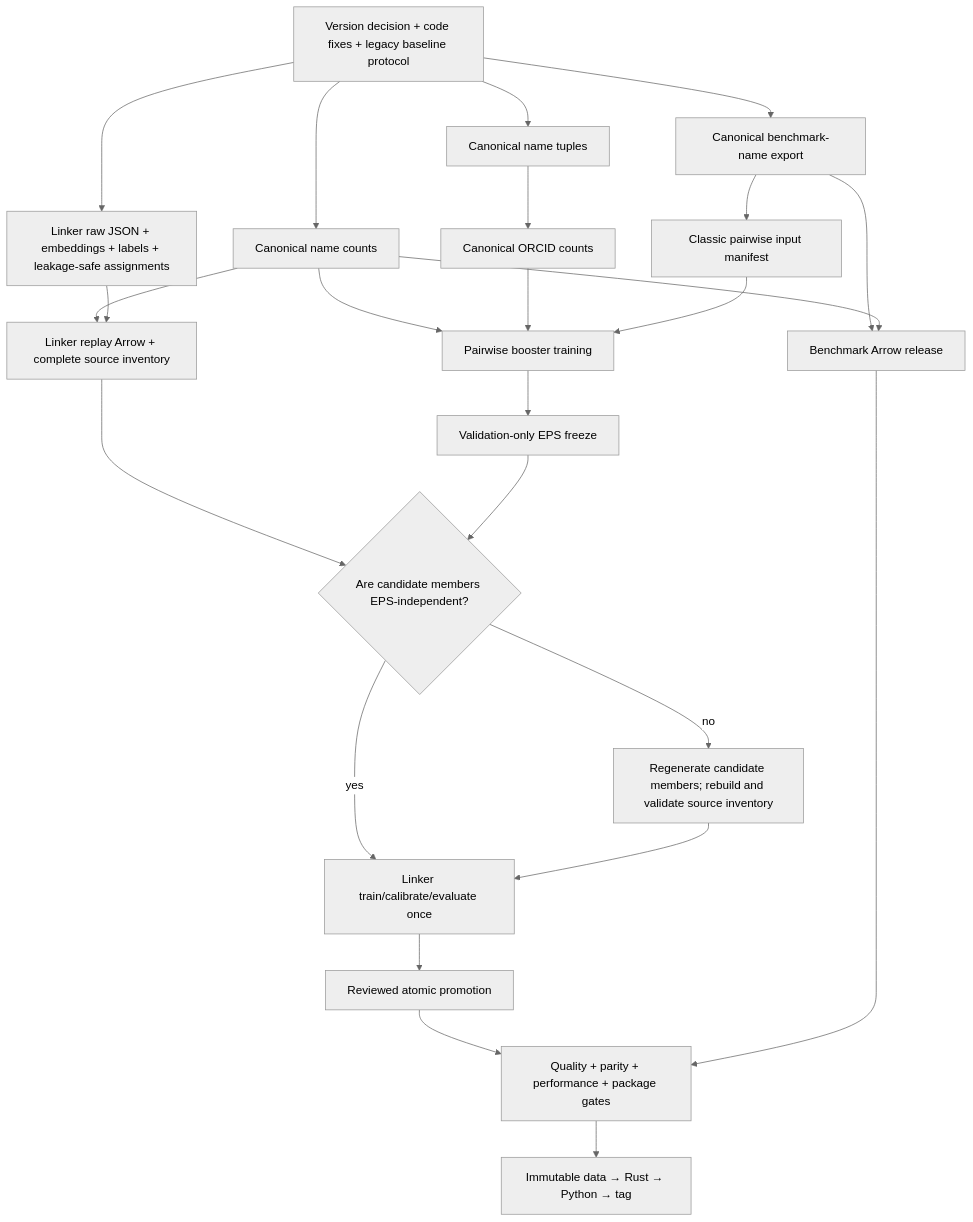
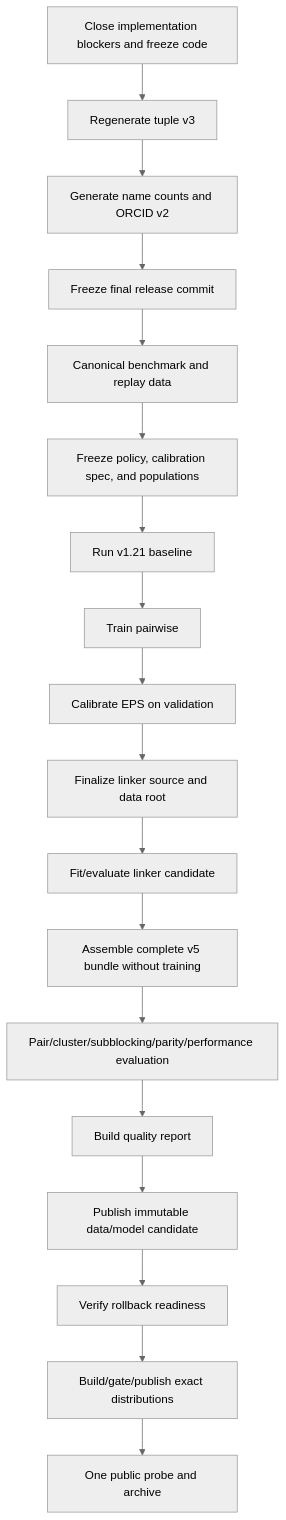
Before and after one commit to allenai/S2AND: the diagram in docs/1_3_release_todo.md, drawn with Mermaid (neutral theme). The commit also changed other lines of this file and 34 other files, not shown here.

Commit message:
Advance v1.3 release readiness

````diff
--- a/docs/1_3_release_todo.md
+++ b/docs/1_3_release_todo.md
@@ -80,44 +130,39 @@
 ```mermaid
 flowchart TD
-  A["Version decision + code fixes + legacy baseline protocol"]
-  T["Canonical name tuples"]
-  N["Canonical name counts"]
-  C["Canonical benchmark-name export"]
-  O["Canonical ORCID counts"]
-  PD["Classic pairwise input manifest"]
-  BA["Benchmark Arrow release"]
-  P["Pairwise booster training"]
-  E["Validation-only EPS freeze"]
-  LR["Linker raw JSON + embeddings + labels + leakage-safe assignments"]
-  LS["Linker replay Arrow + complete source inventory"]
-  D{"Are candidate members EPS-independent?"}
-  R["Regenerate candidate members; rebuild and validate source inventory"]
-  L["Linker train/calibrate/evaluate once"]
-  F["Reviewed atomic promotion"]
-  G["Quality + parity + performance + package gates"]
-  X["Immutable data → Rust → Python → tag"]
+  A["Close implementation blockers and freeze code"]
+  T["Regenerate tuple v3"]
+  C["Generate name counts and ORCID v2"]
+  F["Freeze final release commit"]
+  D["Canonical benchmark and replay data"]
+  Q["Freeze policy, calibration spec, and populations"]
+  B["Run v1.21 baseline"]
+  P["Train pairwise"]
+  E["Calibrate EPS on validation"]
+  S["Finalize linker source and data root"]
+  L["Fit/evaluate linker candidate"]
+  M["Assemble complete v5 bundle without training"]
+  V["Pair/cluster/subblocking/parity/performance evaluation"]
+  R["Build quality report"]
+  U["Publish immutable data/model candidate"]
+  K["Verify rollback readiness"]
+  W["Build/gate/publish exact distributions"]
+  X["One public probe and archive"]
 
   A --> T
-  A --> N
-  A --> C
-  A --> LR
-  T --> O
-  C --> PD
-  C --> BA
-  N --> BA
-  N --> P
-  O --> P
-  PD --> P
-  N --> LS
-  LR --> LS
+  T --> C
+  C --> F
+  F --> D
+  D --> Q
+  Q --> B
+  B --> P
   P --> E
-  LS --> D
-  E --> D
-  D -- "yes" --> L
-  D -- "no" --> R
-  R --> L
-  L --> F
-  F --> G
-  BA --> G
-  G --> X
+  E --> S
+  S --> L
+  L --> M
+  M --> V
+  V --> R
+  R --> U
+  U --> K
+  K --> W
+  W --> X
 ```
````
